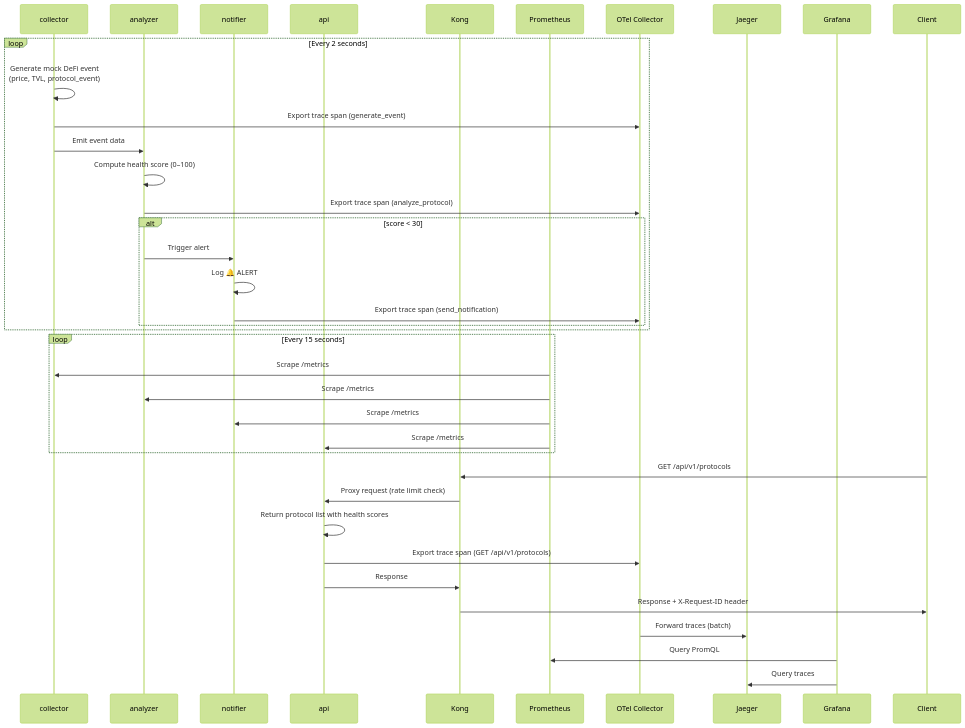
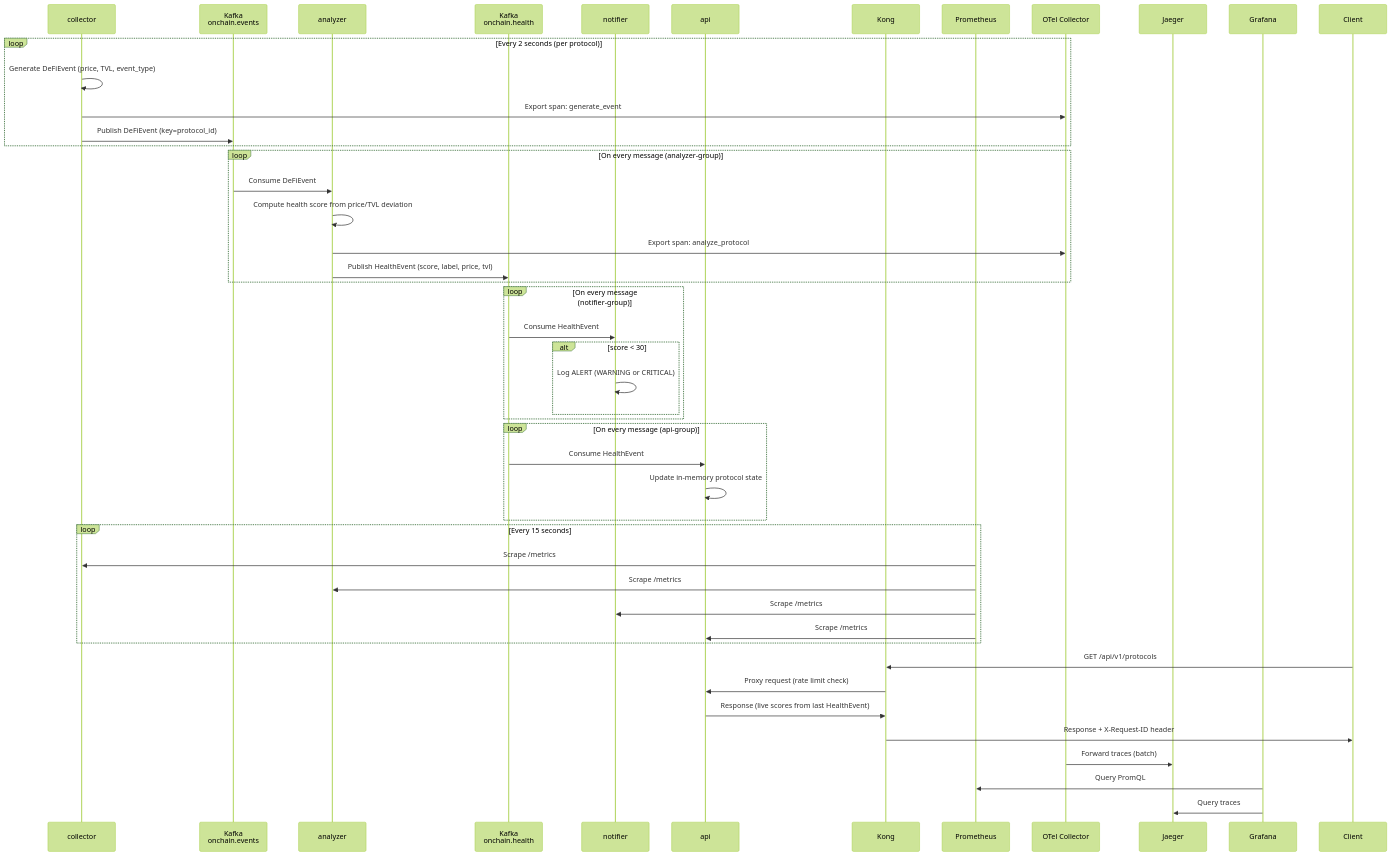
One commit to KaelSensei/OnChainHealthMonitor changed the second of 2 diagrams in docs/architecture/ARCHITECTURE.md. Above: the diagram before and after it, drawn with Mermaid (forest theme). The commit also changed other lines of this file and 12 other files, not shown here.

First line of the commit message:
feat(kafka): introduce Kafka event pipeline across all services

````diff
--- a/docs/architecture/ARCHITECTURE.md
+++ b/docs/architecture/ARCHITECTURE.md
@@ -70,44 +72,56 @@
 ```mermaid
 sequenceDiagram
     participant C as collector
+    participant KE as Kafka<br/>onchain.events
     participant A as analyzer
+    participant KH as Kafka<br/>onchain.health
     participant N as notifier
     participant API as api
     participant K as Kong
     participant P as Prometheus
     participant OC as OTel Collector
     participant J as Jaeger
     participant G as Grafana
     participant CL as Client
 
-    loop Every 2 seconds
-        C->>C: Generate mock DeFi event<br/>(price, TVL, protocol_event)
-        C->>OC: Export trace span (generate_event)
-        C->>A: Emit event data
-        A->>A: Compute health score (0–100)
-        A->>OC: Export trace span (analyze_protocol)
+    loop Every 2 seconds (per protocol)
+        C->>C: Generate DeFiEvent (price, TVL, event_type)
+        C->>OC: Export span: generate_event
+        C->>KE: Publish DeFiEvent (key=protocol_id)
+    end
+
+    loop On every message (analyzer-group)
+        KE->>A: Consume DeFiEvent
+        A->>A: Compute health score from price/TVL deviation
+        A->>OC: Export span: analyze_protocol
+        A->>KH: Publish HealthEvent (score, label, price, tvl)
+    end
+
+    loop On every message (notifier-group)
+        KH->>N: Consume HealthEvent
         alt score < 30
-            A->>N: Trigger alert
-            N->>N: Log 🔔 ALERT
-            N->>OC: Export trace span (send_notification)
+            N->>N: Log ALERT (WARNING or CRITICAL)
         end
+    end
+
+    loop On every message (api-group)
+        KH->>API: Consume HealthEvent
+        API->>API: Update in-memory protocol state
     end
 
     loop Every 15 seconds
         P->>C: Scrape /metrics
         P->>A: Scrape /metrics
         P->>N: Scrape /metrics
         P->>API: Scrape /metrics
     end
 
     CL->>K: GET /api/v1/protocols
     K->>API: Proxy request (rate limit check)
-    API->>API: Return protocol list with health scores
-    API->>OC: Export trace span (GET /api/v1/protocols)
-    API->>K: Response
+    API->>K: Response (live scores from last HealthEvent)
     K->>CL: Response + X-Request-ID header
 
     OC->>J: Forward traces (batch)
     G->>P: Query PromQL
     G->>J: Query traces
 ```
````
